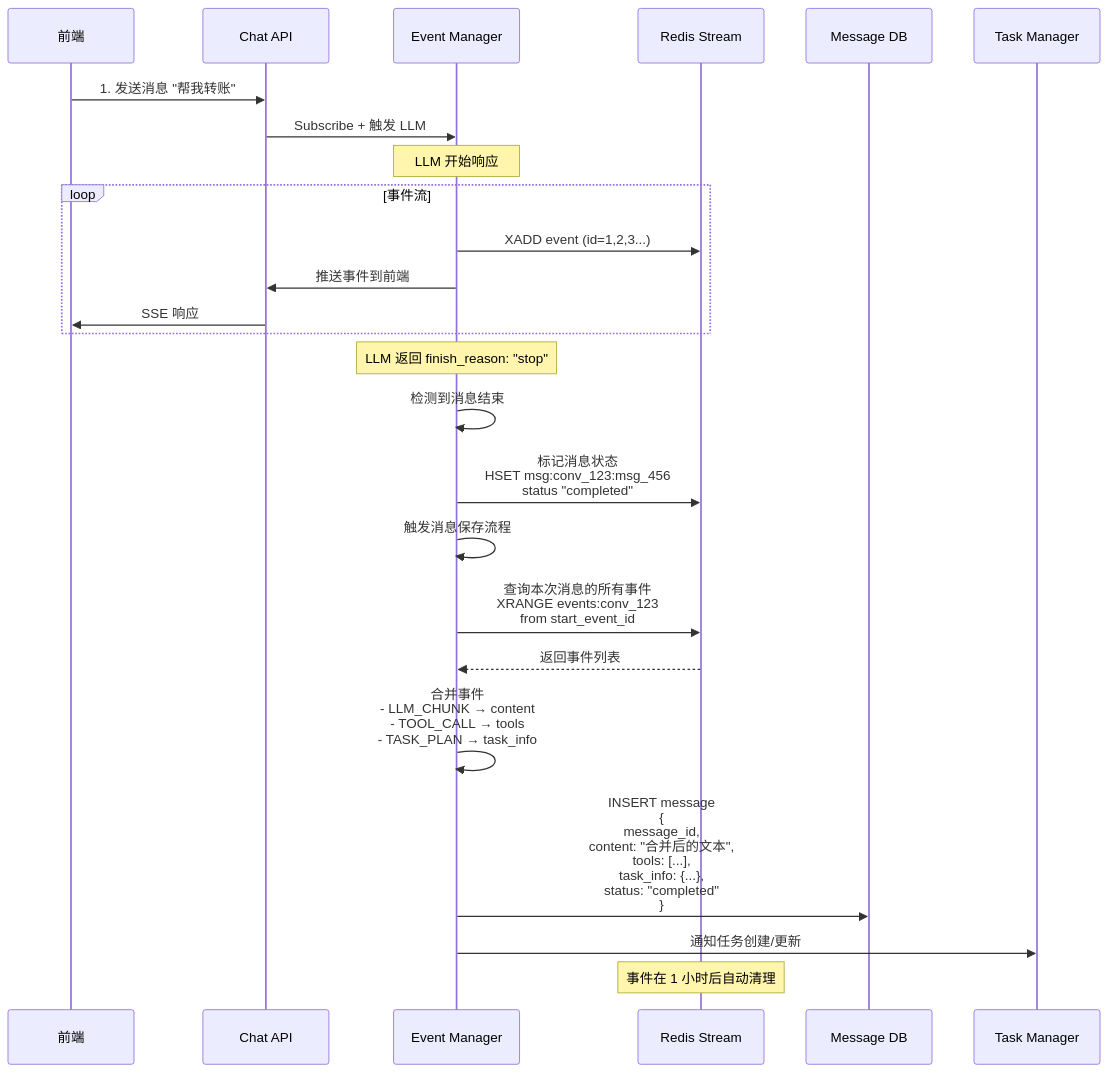
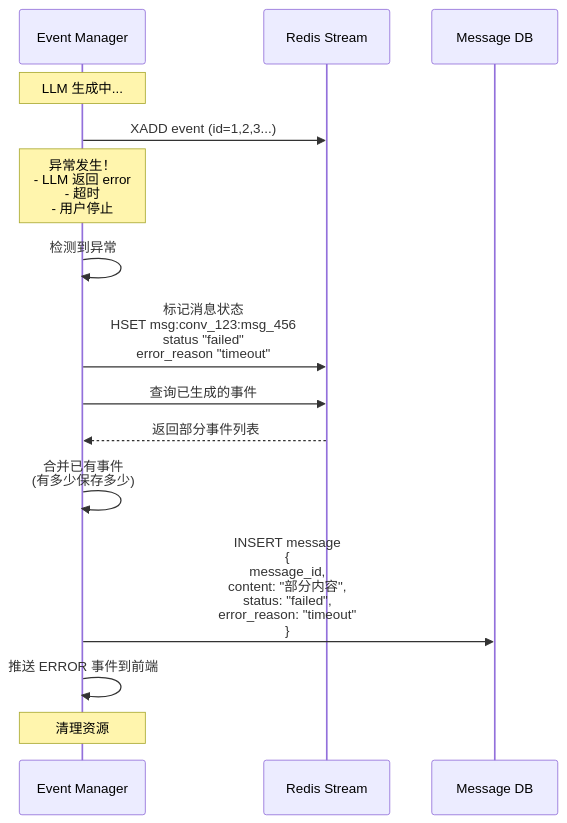
One commit to yingjianzh/iodraw-files changed the diagram in all/未命名-10.md. Above: the diagram before and after it, drawn with Mermaid.

Commit message:
2025-12-24 09:58:15 update

````diff
--- a/all/未命名-10.md
+++ b/all/未命名-10.md
@@ -1,39 +1,26 @@
 ```mermaid
 sequenceDiagram
-    participant FE as 前端
-    participant API as Chat API
     participant EM as Event Manager
     participant Redis as Redis Stream
     participant MsgDB as Message DB
-    participant TaskMgr as Task Manager
     
-    FE->>API: 1. 发送消息 "帮我转账"
-    API->>EM: Subscribe + 触发 LLM
+    Note over EM: LLM 生成中...
     
-    Note over EM: LLM 开始响应
+    EM->>Redis: XADD event (id=1,2,3...)
     
-    loop 事件流
-        EM->>Redis: XADD event (id=1,2,3...)
-        EM->>API: 推送事件到前端
-        API->>FE: SSE 响应
-    end
+    Note over EM: 异常发生！<br/>- LLM 返回 error<br/>- 超时<br/>- 用户停止
     
-    Note over EM: LLM 返回 finish_reason: "stop"
+    EM->>EM: 检测到异常
+    EM->>Redis: 标记消息状态<br/>HSET msg:conv_123:msg_456<br/>status "failed"<br/>error_reason "timeout"
     
-    EM->>EM: 检测到消息结束
-    EM->>Redis: 标记消息状态<br/>HSET msg:conv_123:msg_456<br/>status "completed"
+    EM->>Redis: 查询已生成的事件
+    Redis-->>EM: 返回部分事件列表
     
-    EM->>EM: 触发消息保存流程
+    EM->>EM: 合并已有事件<br/>(有多少保存多少)
     
-    EM->>Redis: 查询本次消息的所有事件<br/>XRANGE events:conv_123<br/>from start_event_id
+    EM->>MsgDB: INSERT message<br/>{<br/>  message_id,<br/>  content: "部分内容",<br/>  status: "failed",<br/>  error_reason: "timeout"<br/>}
     
-    Redis-->>EM: 返回事件列表
+    EM->>EM: 推送 ERROR 事件到前端
     
-    EM->>EM: 合并事件<br/>- LLM_CHUNK → content<br/>- TOOL_CALL → tools<br/>- TASK_PLAN → task_info
-    
-    EM->>MsgDB: INSERT message<br/>{<br/>  message_id,<br/>  content: "合并后的文本",<br/>  tools: [...],<br/>  task_info: {...},<br/>  status: "completed"<br/>}
-    
-    EM->>TaskMgr: 通知任务创建/更新
-    
-    Note over Redis: 事件在 1 小时后自动清理
+    Note over EM: 清理资源
 ```
````
